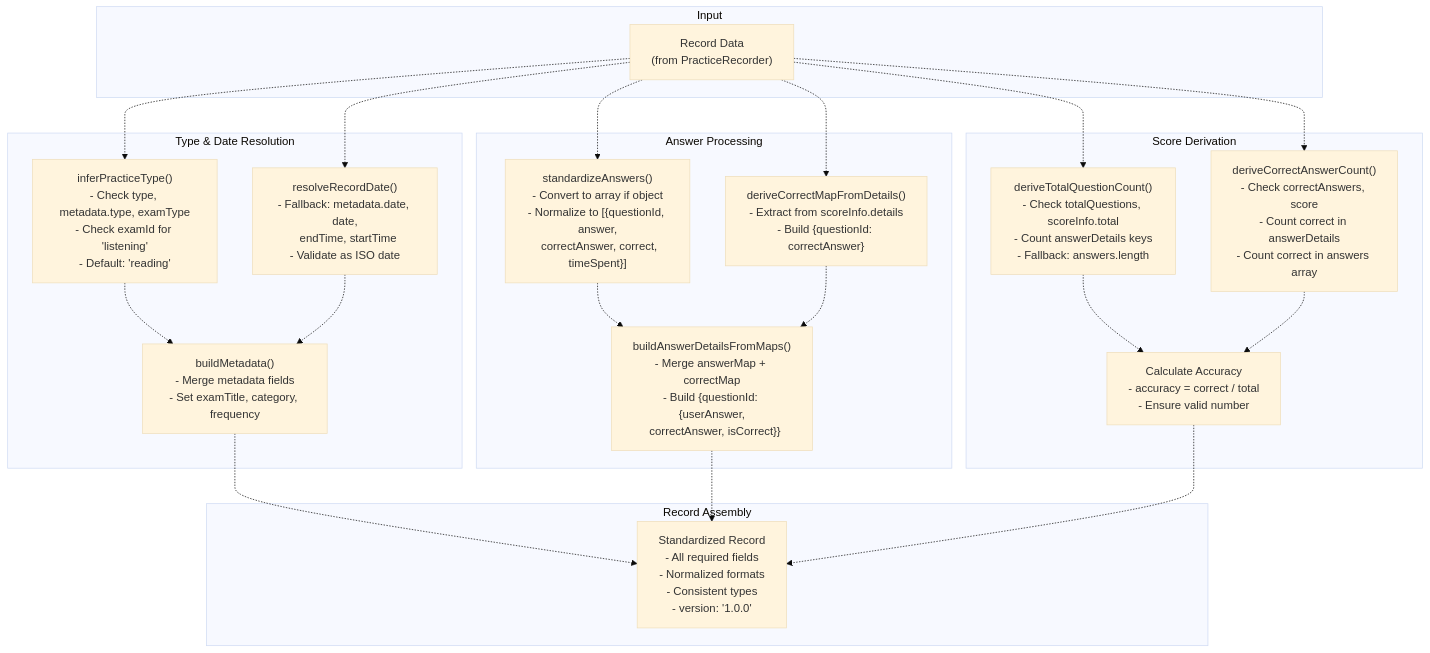
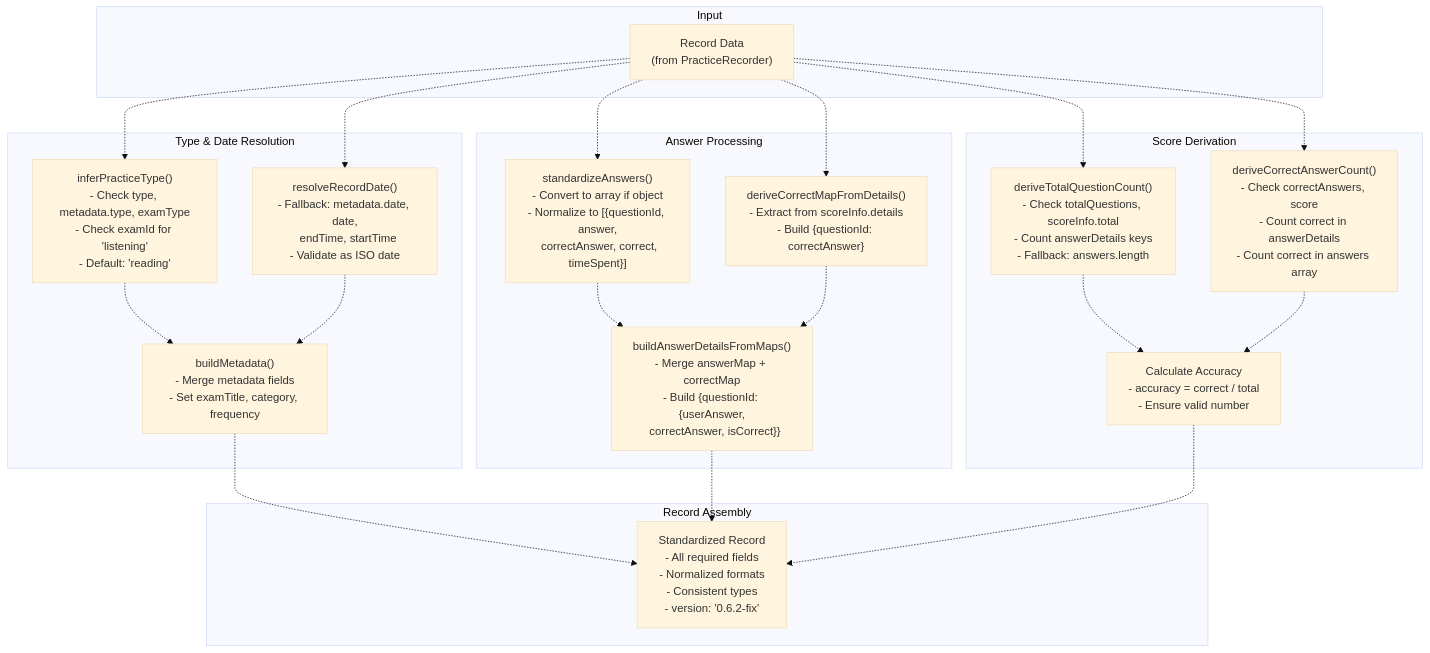
One commit to sallowayma-git/IELTS-practice changed the sixth of 22 diagrams in developer/doc/Wiki/Data-Management-System.md. Above: the diagram before and after it, drawn with Mermaid (base theme). The commit also changed other lines of this file and 32 other files, not shown here.

````diff
--- a/developer/doc/Wiki/Data-Management-System.md
+++ b/developer/doc/Wiki/Data-Management-System.md
@@ -326,57 +326,57 @@
 ```mermaid
 flowchart TD
 
 RecordData["Record Data<br>(from PracticeRecorder)"]
 inferPracticeType["inferPracticeType()<br>- Check type, metadata.type, examType<br>- Check examId for 'listening'<br>- Default: 'reading'"]
 resolveRecordDate["resolveRecordDate()<br>- Fallback: metadata.date, date,<br>  endTime, startTime<br>- Validate as ISO date"]
 buildMetadata["buildMetadata()<br>- Merge metadata fields<br>- Set examTitle, category, frequency"]
 standardizeAnswers["standardizeAnswers()<br>- Convert to array if object<br>- Normalize to [{questionId, answer,<br>  correctAnswer, correct, timeSpent}]"]
 deriveCorrectMap["deriveCorrectMapFromDetails()<br>- Extract from scoreInfo.details<br>- Build {questionId: correctAnswer}"]
 buildAnswerDetailsFromMaps["buildAnswerDetailsFromMaps()<br>- Merge answerMap + correctMap<br>- Build {questionId: {userAnswer,<br>  correctAnswer, isCorrect}}"]
 deriveTotalQuestionCount["deriveTotalQuestionCount()<br>- Check totalQuestions, scoreInfo.total<br>- Count answerDetails keys<br>- Fallback: answers.length"]
 deriveCorrectAnswerCount["deriveCorrectAnswerCount()<br>- Check correctAnswers, score<br>- Count correct in answerDetails<br>- Count correct in answers array"]
 calculateAccuracy["Calculate Accuracy<br>- accuracy = correct / total<br>- Ensure valid number"]
-StandardizedRecord["Standardized Record<br>- All required fields<br>- Normalized formats<br>- Consistent types<br>- version: '1.0.0'"]
+StandardizedRecord["Standardized Record<br>- All required fields<br>- Normalized formats<br>- Consistent types<br>- version: '0.6.2-fix'"]
 
 RecordData -.-> inferPracticeType
 RecordData -.-> resolveRecordDate
 RecordData -.-> standardizeAnswers
 RecordData -.-> deriveCorrectMap
 RecordData -.-> deriveTotalQuestionCount
 RecordData -.-> deriveCorrectAnswerCount
 buildMetadata -.-> StandardizedRecord
 buildAnswerDetailsFromMaps -.-> StandardizedRecord
 calculateAccuracy -.-> StandardizedRecord
 
 subgraph subGraph4 ["Record Assembly"]
     StandardizedRecord
 end
 
 subgraph subGraph3 ["Score Derivation"]
     deriveTotalQuestionCount
     deriveCorrectAnswerCount
     calculateAccuracy
     deriveTotalQuestionCount -.-> calculateAccuracy
     deriveCorrectAnswerCount -.-> calculateAccuracy
 end
 
 subgraph subGraph2 ["Answer Processing"]
     standardizeAnswers
     deriveCorrectMap
     buildAnswerDetailsFromMaps
     standardizeAnswers -.-> buildAnswerDetailsFromMaps
     deriveCorrectMap -.-> buildAnswerDetailsFromMaps
 end
 
 subgraph subGraph1 ["Type & Date Resolution"]
     inferPracticeType
     resolveRecordDate
     buildMetadata
     inferPracticeType -.-> buildMetadata
     resolveRecordDate -.-> buildMetadata
 end
 
 subgraph Input ["Input"]
     RecordData
 end
 ```
````
